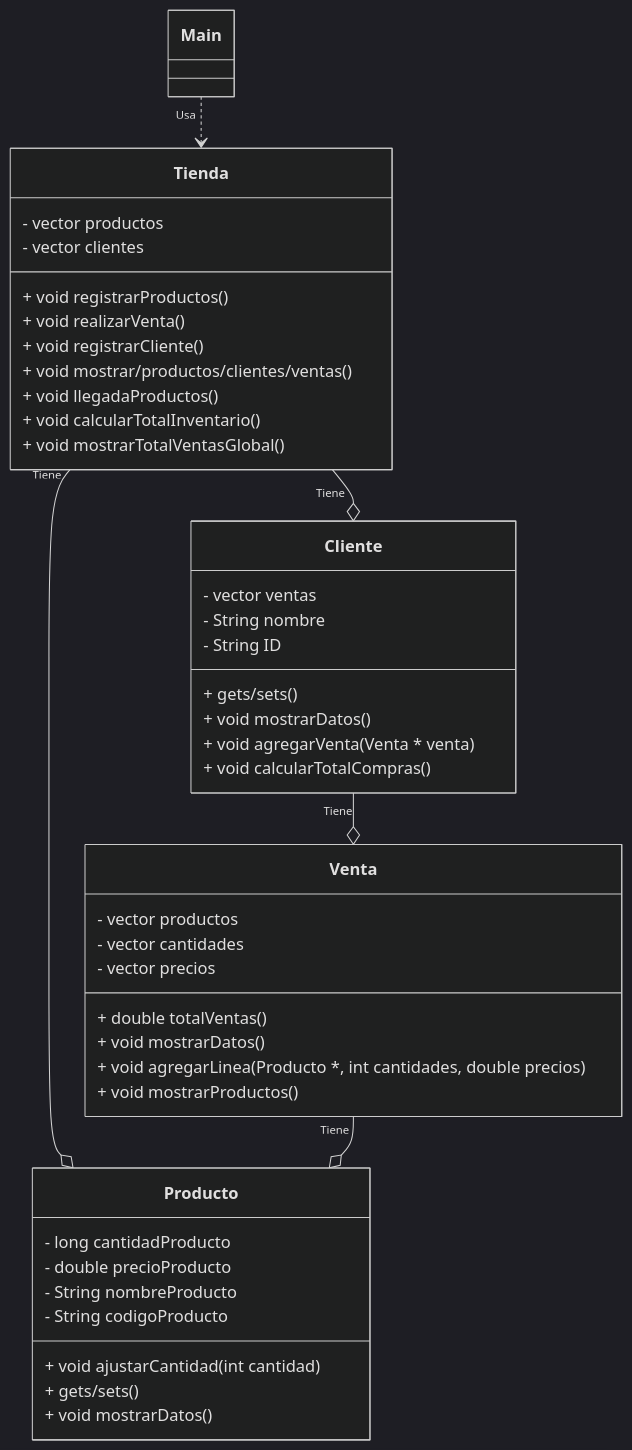
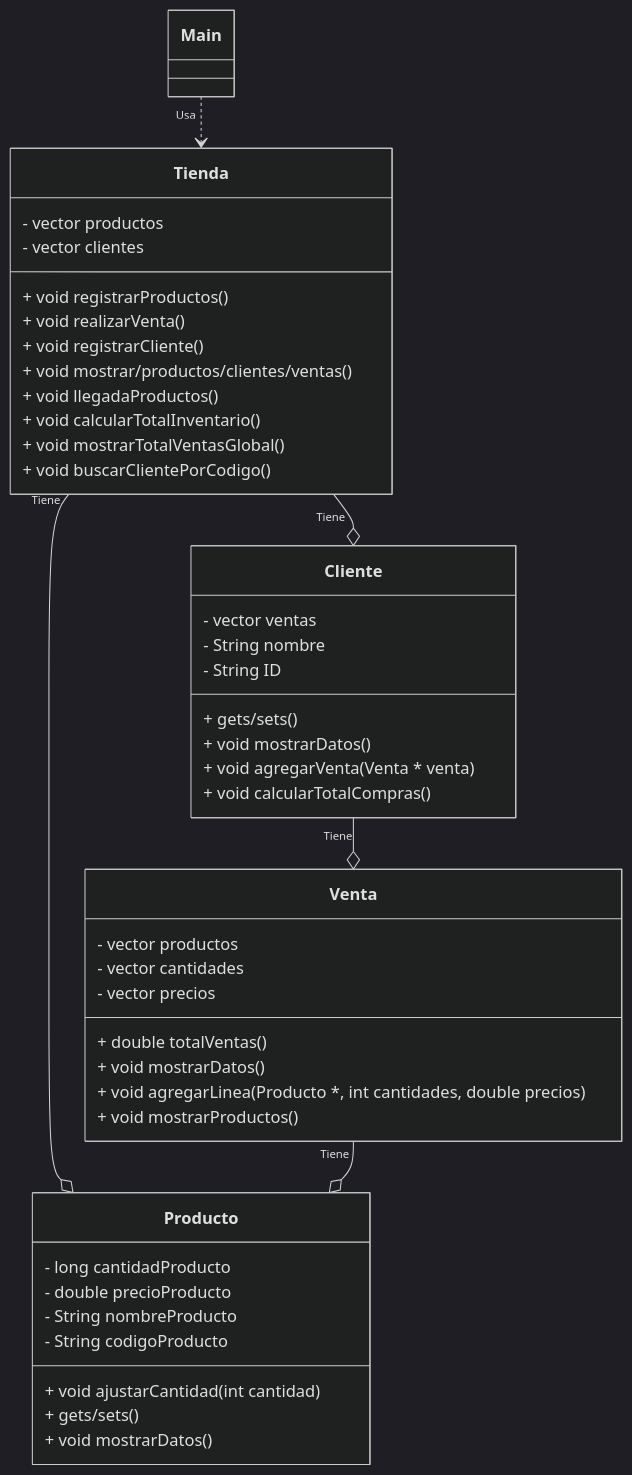
The diagram in DiagramaUML.md (300CIS017-Object-Oriented-Programming/7-entreg-practica-disenoypoo-felipe08121), drawn with Mermaid (dark theme) before and after one commit. The commit also changed 3 other files, not shown here.

Commit message:
ADD: Se le añade a la clase Tienda la capacidad de buscar la informacion de los clientes dado sus codigos. Se modifica el diagrama UML para incluir este nuevo metodo.

````diff
--- a/DiagramaUML.md
+++ b/DiagramaUML.md
@@ -1,69 +1,69 @@
 ```mermaid
 
 classDiagram
    class Tienda{
     - vector productos
     - vector clientes 
     + void registrarProductos()
     + void realizarVenta( )
     + void registrarCliente()
     + void mostrar/productos/clientes/ventas()
     + void llegadaProductos( )
     + void calcularTotalInventario()
     + void mostrarTotalVentasGlobal()
-
+    + void buscarClientePorCodigo()
 
    }
 
     class Producto{
         
 
 
         - long cantidadProducto
         - double precioProducto
         - String nombreProducto
         - String codigoProducto
         + void ajustarCantidad( int cantidad) 
         + gets/sets()
         + void mostrarDatos()
         
         
 
     }
 
     class Venta {
         - vector productos
         - vector cantidades
         - vector precios
        
         + double totalVentas()
         + void mostrarDatos()
         + void agregarLinea( Producto *, int cantidades, double precios)
         + void mostrarProductos()
     }
 
     class Cliente{
         - vector ventas
         
         + gets/sets()
         + void mostrarDatos()
         + void agregarVenta( Venta * venta)
         + void calcularTotalCompras()
         - String nombre
         - String ID
 
     }
 
     class Main{
 
     }
 
      Main "Usa "..> Tienda
      
      Tienda "Tiene" --o Cliente
      Tienda "Tiene" --o Producto
      Cliente "Tiene" --o Venta
      Venta "Tiene" --o Producto
 
 
 ```
````
